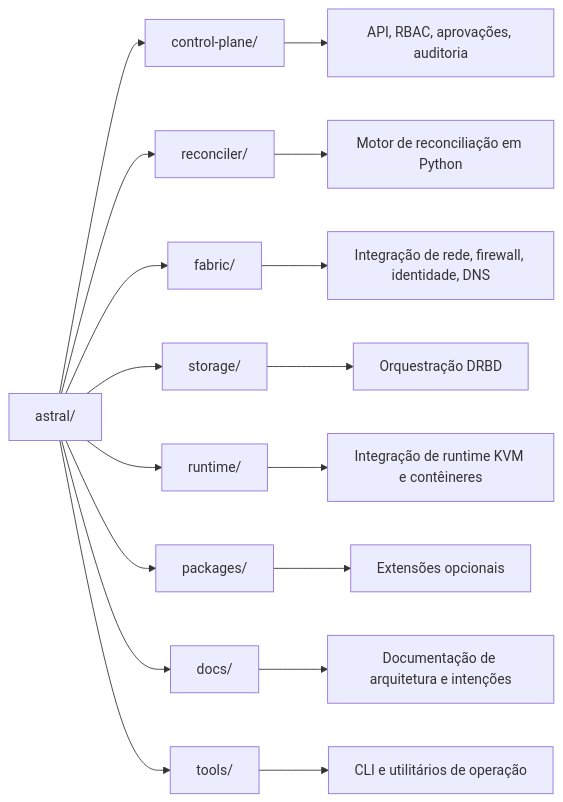
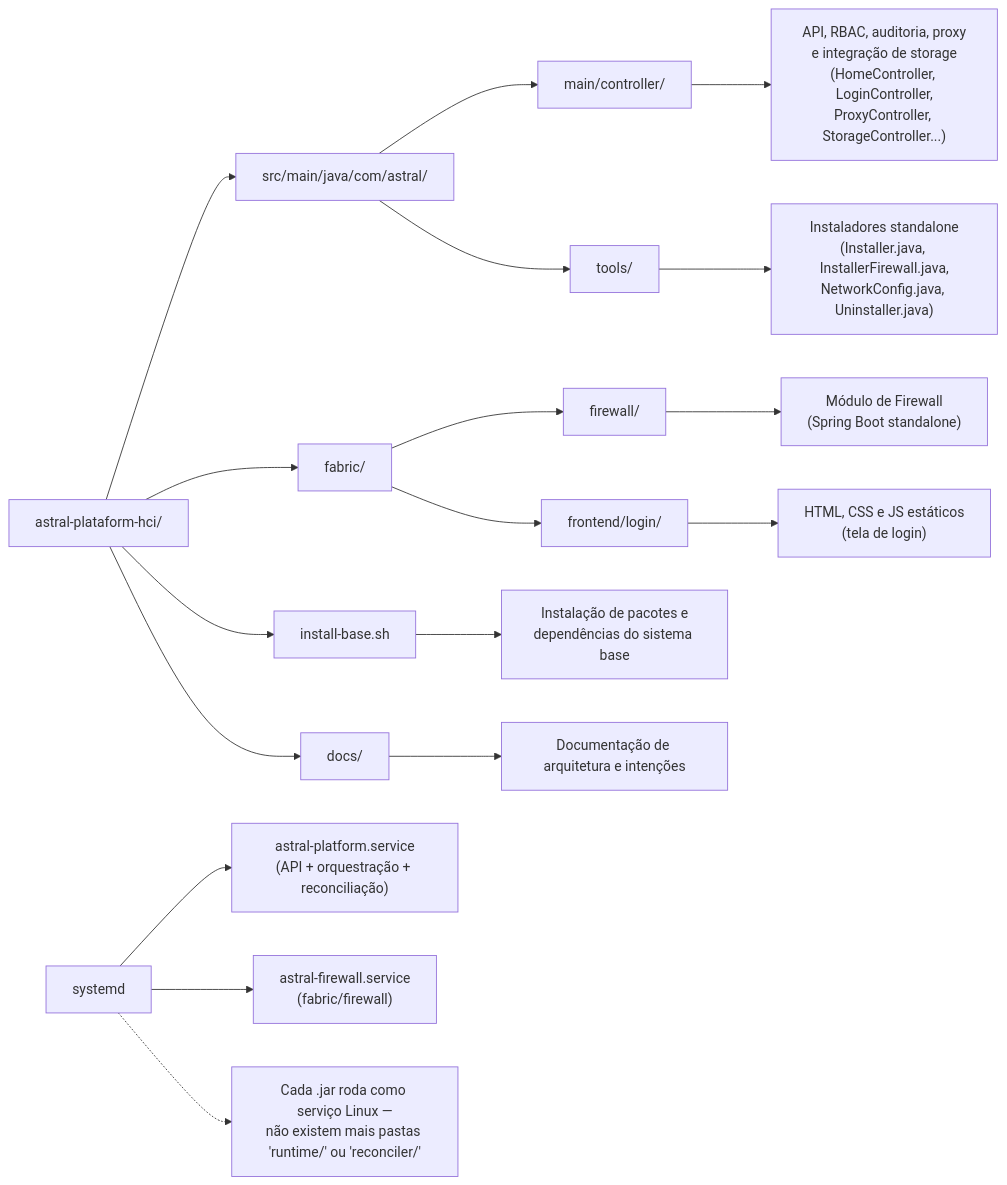
One commit to euripedesdark/astral-plataform-hci changed the second of 2 diagrams in README.md. Above: the diagram before and after it, drawn with Mermaid.

Commit message:
Update README.md with new project structure

````diff
--- a/README.md
+++ b/README.md
@@ -221,21 +221,28 @@
 ```mermaid
 
 graph LR
-  A[astral/] --> B[control-plane/]
-  A --> C[reconciler/]
-  A --> D[fabric/]
-  A --> E[storage/]
-  A --> F[runtime/]
-  A --> G[packages/]
-  A --> H[docs/]
-  A --> I[tools/]
+  A["astral-plataform-hci/"] --> B["src/main/java/com/astral/"]
+  A --> C["fabric/"]
+  A --> D["install-base.sh"]
+  A --> E["docs/"]
 
-  B --> B1["API, RBAC, aprovações, auditoria"]
-  C --> C1["Motor de reconciliação em Python"]
-  D --> D1["Integração de rede, firewall, identidade, DNS"]
-  E --> E1["Orquestração DRBD"]
-  F --> F1["Integração de runtime KVM e contêineres"]
-  G --> G1["Extensões opcionais"]
-  H --> H1["Documentação de arquitetura e intenções"]
-  I --> I1["CLI e utilitários de operação"]
+  B --> B1["main/controller/"]
+  B1 --> B1a["API, RBAC, auditoria, proxy<br/>e integração de storage<br/>(HomeController, LoginController,<br/>ProxyController, StorageController...)"]
+
+  B --> B2["tools/"]
+  B2 --> B2a["Instaladores standalone<br/>(Installer.java, InstallerFirewall.java,<br/>NetworkConfig.java, Uninstaller.java)"]
+
+  C --> C1["firewall/"]
+  C1 --> C1a["Módulo de Firewall<br/>(Spring Boot standalone)"]
+
+  C --> C2["frontend/login/"]
+  C2 --> C2a["HTML, CSS e JS estáticos<br/>(tela de login)"]
+
+  D --> D1["Instalação de pacotes e<br/>dependências do sistema base"]
+
+  E --> E1["Documentação de arquitetura e intenções"]
+
+  F["systemd"] --> F1["astral-platform.service<br/>(API + orquestração + reconciliação)"]
+  F --> F2["astral-firewall.service<br/>(fabric/firewall)"]
+  F -.-> N["Cada .jar roda como serviço Linux —<br/>não existem mais pastas 'runtime/' ou 'reconciler/'"]
 ```
````
